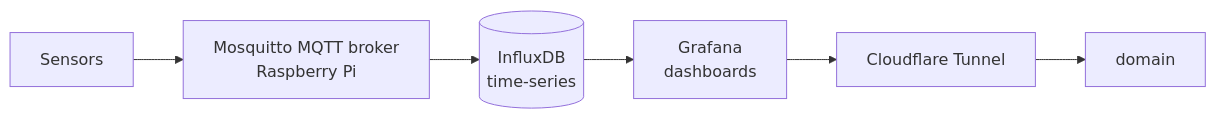
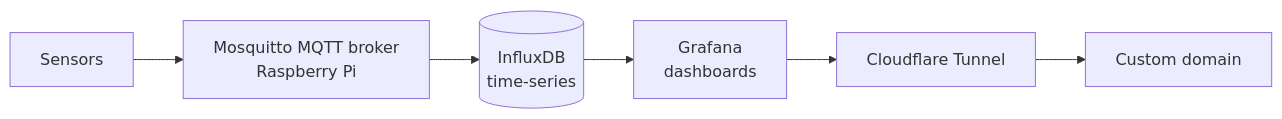
One commit to Aespinlo/Aespinlo changed the diagram in README.md. Above: the diagram before and after it, drawn with Mermaid. The commit also changed other lines of this file, not shown here.

````diff
--- a/README.md
+++ b/README.md
@@ -76,8 +75,8 @@
 ```mermaid
 flowchart LR
     A[Sensors] --> B[Mosquitto MQTT broker<br/>Raspberry Pi]
     B --> C[(InfluxDB<br/>time-series)]
     C --> D[Grafana<br/>dashboards]
     D --> E[Cloudflare Tunnel]
-    E --> F[domain]
+    E --> F[Custom domain]
 ```
````
